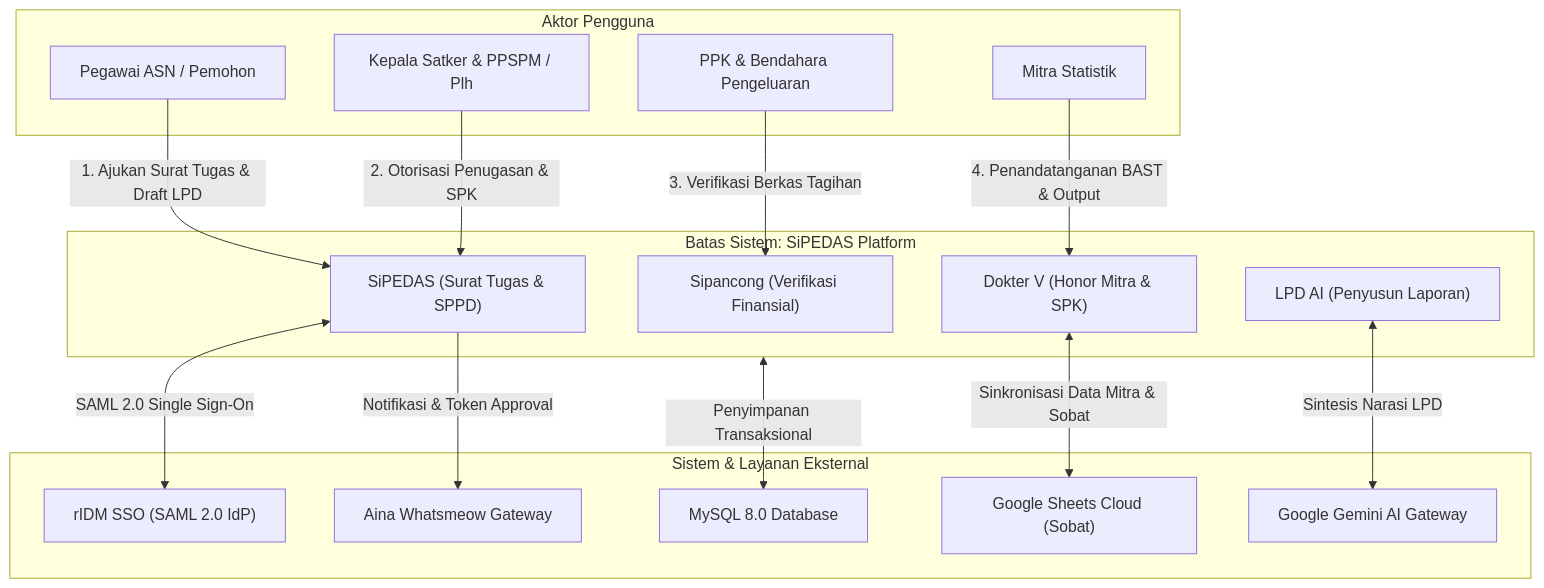
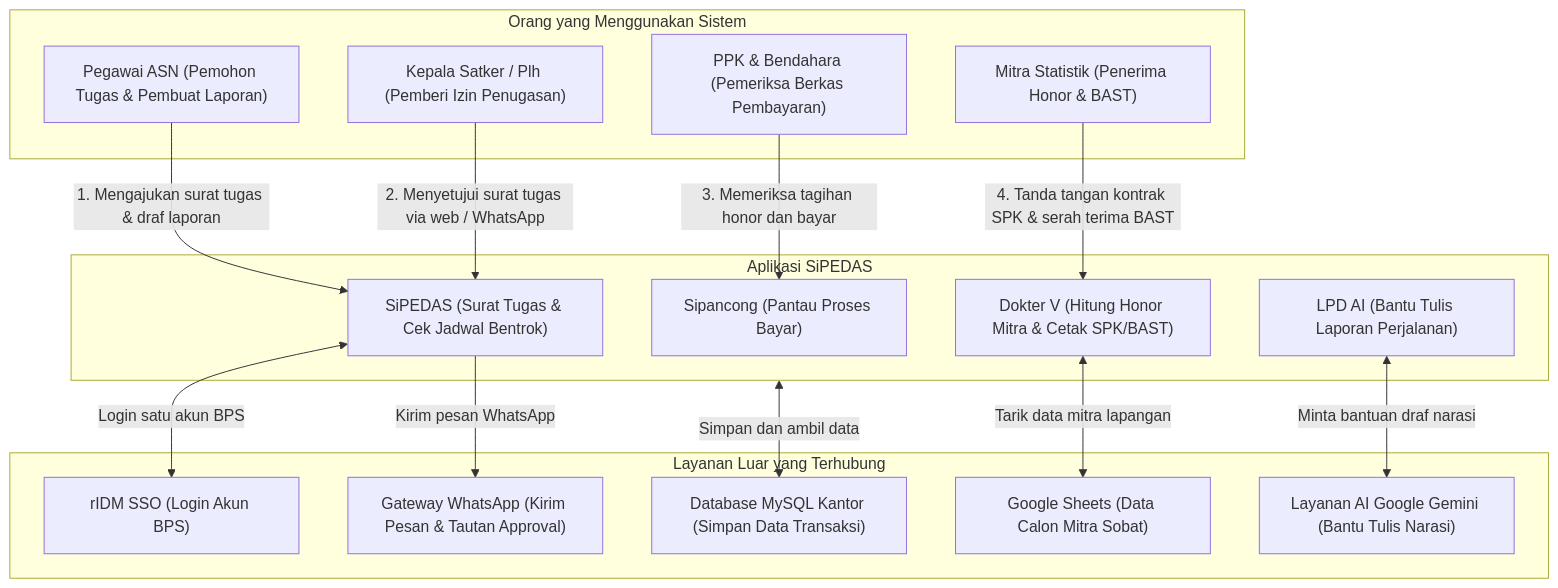
Before and after one commit to ihkaru/sipedas: the first of 2 diagrams in docs/architecture/03_context_and_scope.md, drawn with Mermaid. The commit also changed other lines of this file and 11 other files, not shown here.

Commit message:
docs(arc42): rewrite enterprise architecture documentation into crystal-clear plain Indonesian without jargon

````diff
--- a/docs/architecture/03_context_and_scope.md
+++ b/docs/architecture/03_context_and_scope.md
@@ -17,35 +17,35 @@
 ```mermaid
 flowchart TD
-    subgraph Pengguna["Aktor Pengguna"]
-        Pegawai["Pegawai ASN / Pemohon"]
-        Pimpinan["Kepala Satker & PPSPM / Plh"]
-        Keuangan["PPK & Bendahara Pengeluaran"]
-        Mitra["Mitra Statistik"]
+    subgraph Pengguna["Orang yang Menggunakan Sistem"]
+        Pegawai["Pegawai ASN (Pemohon Tugas & Pembuat Laporan)"]
+        Pimpinan["Kepala Satker / Plh (Pemberi Izin Penugasan)"]
+        Keuangan["PPK & Bendahara (Pemeriksa Berkas Pembayaran)"]
+        Mitra["Mitra Statistik (Penerima Honor & BAST)"]
     end
 
-    subgraph SiPEDAS_System["Batas Sistem: SiPEDAS Platform"]
-        Core["SiPEDAS (Surat Tugas & SPPD)"]
-        DokterV["Dokter V (Honor Mitra & SPK)"]
-        Sipancong["Sipancong (Verifikasi Finansial)"]
-        LPDAI["LPD AI (Penyusun Laporan)"]
+    subgraph SiPEDAS_System["Aplikasi SiPEDAS"]
+        Core["SiPEDAS (Surat Tugas & Cek Jadwal Bentrok)"]
+        DokterV["Dokter V (Hitung Honor Mitra & Cetak SPK/BAST)"]
+        Sipancong["Sipancong (Pantau Proses Bayar)"]
+        LPDAI["LPD AI (Bantu Tulis Laporan Perjalanan)"]
     end
 
-    subgraph Eksternal["Sistem & Layanan Eksternal"]
-        RIDM["rIDM SSO (SAML 2.0 IdP)"]
-        AinaWA["Aina Whatsmeow Gateway"]
-        AIGw["Google Gemini AI Gateway"]
-        GSheets["Google Sheets Cloud (Sobat)"]
-        DB["MySQL 8.0 Database"]
+    subgraph LayananLuar["Layanan Luar yang Terhubung"]
+        RIDM["rIDM SSO (Login Akun BPS)"]
+        AinaWA["Gateway WhatsApp (Kirim Pesan & Tautan Approval)"]
+        AIGw["Layanan AI Google Gemini (Bantu Tulis Narasi)"]
+        GSheets["Google Sheets (Data Calon Mitra Sobat)"]
+        DB["Database MySQL Kantor (Simpan Data Transaksi)"]
     end
 
-    Pegawai -->|1. Ajukan Surat Tugas & Draft LPD| Core
-    Pimpinan -->|2. Otorisasi Penugasan & SPK| Core
-    Keuangan -->|3. Verifikasi Berkas Tagihan| Sipancong
-    Mitra -->|4. Penandatanganan BAST & Output| DokterV
+    Pegawai -->|1. Mengajukan surat tugas & draf laporan| Core
+    Pimpinan -->|2. Menyetujui surat tugas via web / WhatsApp| Core
+    Keuangan -->|3. Memeriksa tagihan honor dan bayar| Sipancong
+    Mitra -->|4. Tanda tangan kontrak SPK & serah terima BAST| DokterV
 
-    Core <-->|SAML 2.0 Single Sign-On| RIDM
-    Core -->|Notifikasi & Token Approval| AinaWA
-    DokterV <-->|Sinkronisasi Data Mitra & Sobat| GSheets
-    LPDAI <-->|Sintesis Narasi LPD| AIGw
-    SiPEDAS_System <-->|Penyimpanan Transaksional| DB
+    Core <-->|Login satu akun BPS| RIDM
+    Core -->|Kirim pesan WhatsApp| AinaWA
+    DokterV <-->|Tarik data mitra lapangan| GSheets
+    LPDAI <-->|Minta bantuan draf narasi| AIGw
+    SiPEDAS_System <-->|Simpan dan ambil data| DB
 ```
````
